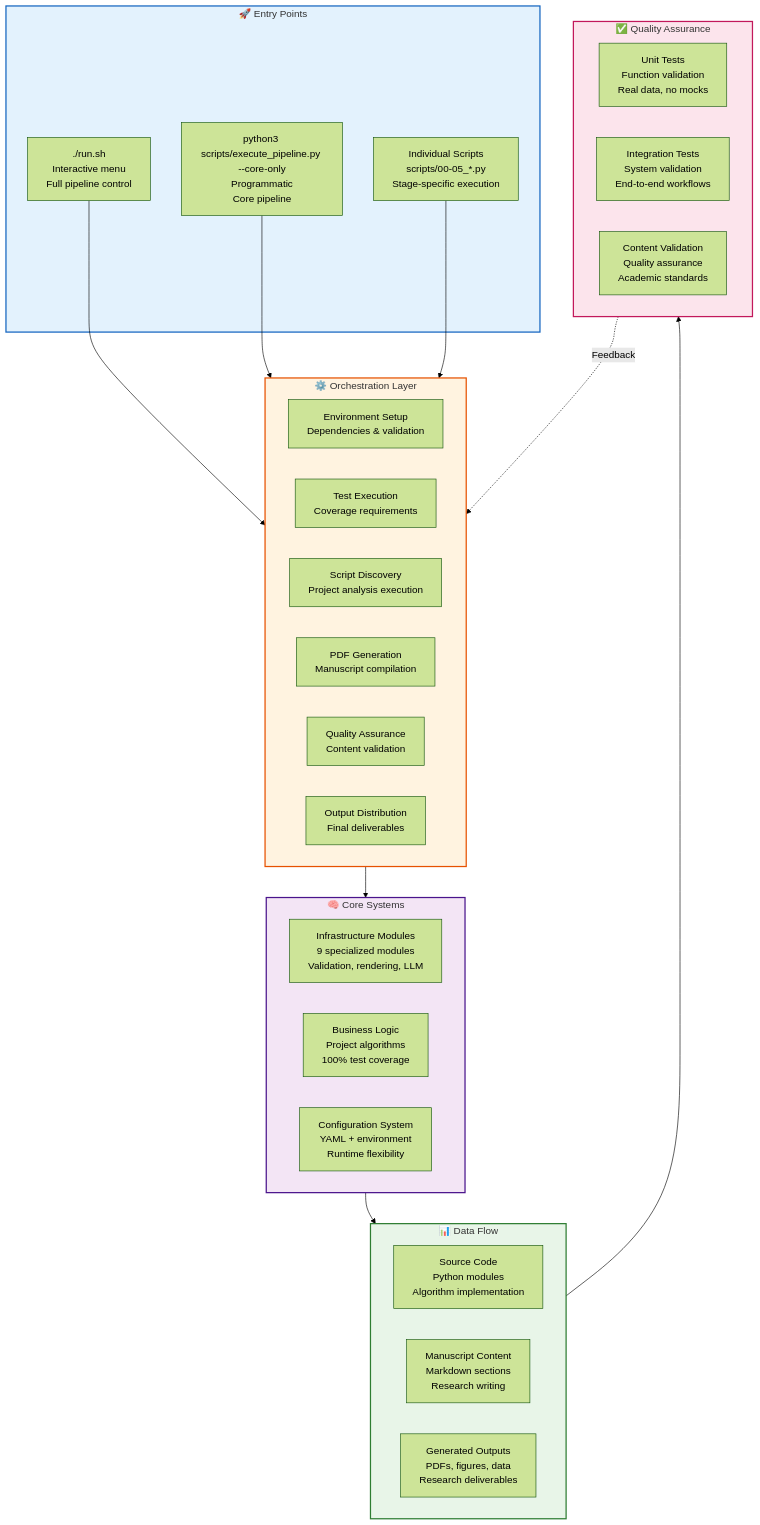
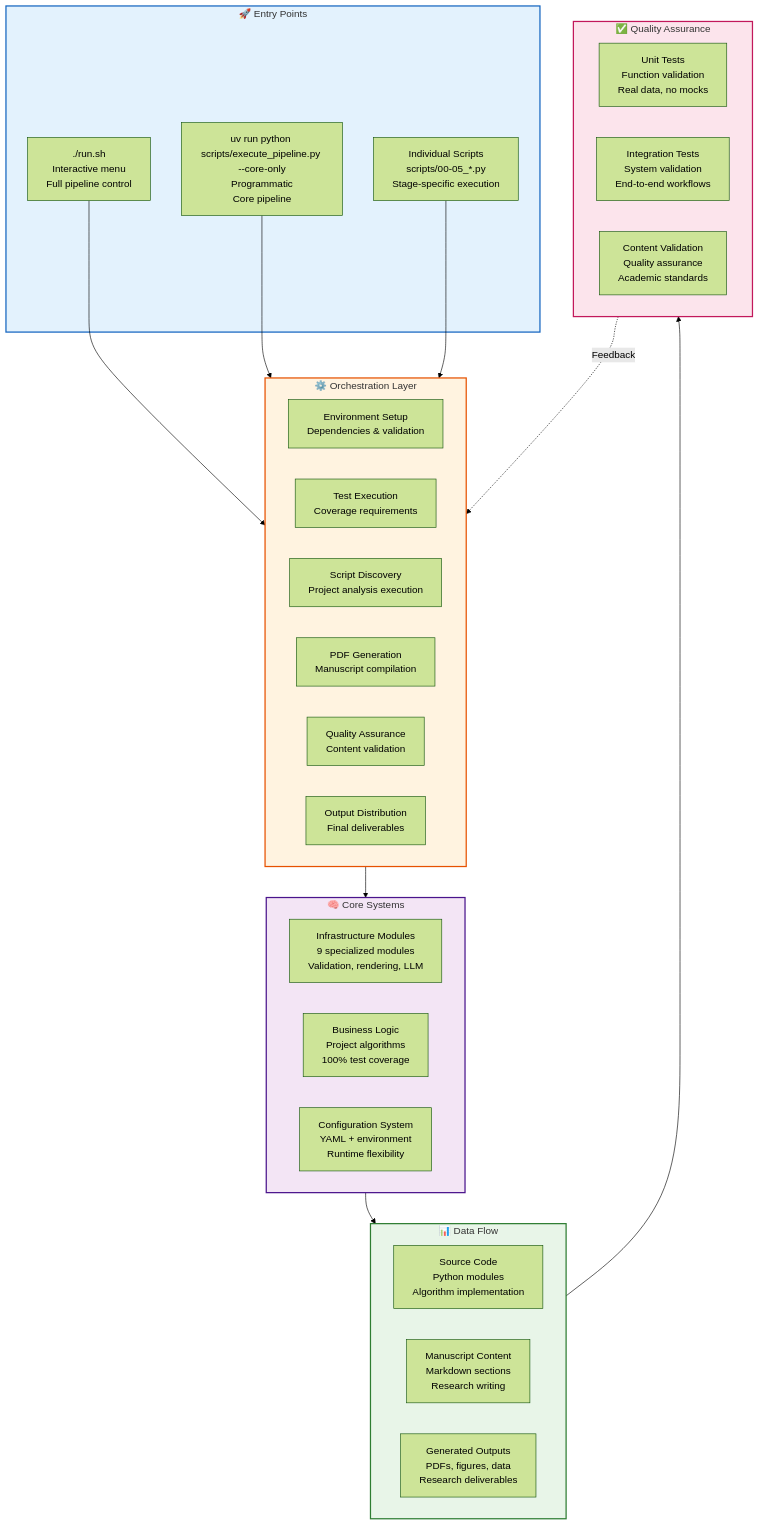
The seventh of 14 diagrams in README.md (docxology/template), drawn with Mermaid (forest theme) before and after one commit. The commit also changed other lines of this file and 787 other files, not shown here.

````diff
--- a/README.md
+++ b/README.md
@@ -515,57 +515,57 @@
 ```mermaid
 graph TB
     subgraph Entry["🚀 Entry Points"]
         RUNSH[./run.sh\nInteractive menu\nFull pipeline control]
-        RUNALL[python3 scripts/execute_pipeline.py --core-only\nProgrammatic\nCore pipeline]
+        RUNALL[uv run python scripts/execute_pipeline.py --core-only\nProgrammatic\nCore pipeline]
         INDIVIDUAL[Individual Scripts\nscripts/00-05_*.py\nStage-specific execution]
     end
 
     subgraph Orchestration["⚙️ Orchestration Layer"]
         SETUP[Environment Setup\nDependencies & validation]
         TESTING[Test Execution\nCoverage requirements]
         ANALYSIS[Script Discovery\nProject analysis execution]
         RENDERING[PDF Generation\nManuscript compilation]
         VALIDATION[Quality Assurance\nContent validation]
         DELIVERY[Output Distribution\nFinal deliverables]
     end
 
     subgraph Core["🧠 Core Systems"]
         INFRASTRUCTURE[Infrastructure Modules\n9 specialized modules\nValidation, rendering, LLM]
         BUSINESS_LOGIC[Business Logic\nProject algorithms\n100% test coverage]
         CONFIGURATION[Configuration System\nYAML + environment\nRuntime flexibility]
     end
 
     subgraph Data["📊 Data Flow"]
         SOURCE_CODE[Source Code\nPython modules\nAlgorithm implementation]
         MANUSCRIPT_CONTENT[Manuscript Content\nMarkdown sections\nResearch writing]
         GENERATED_OUTPUTS[Generated Outputs\nPDFs, figures, data\nResearch deliverables]
     end
 
     subgraph Quality["✅ Quality Assurance"]
         UNIT_TESTS[Unit Tests\nFunction validation\nReal data, no mocks]
         INTEGRATION_TESTS[Integration Tests\nSystem validation\nEnd-to-end workflows]
         VALIDATION_CHECKS[Content Validation\nQuality assurance\nAcademic standards]
     end
 
     RUNSH --> Orchestration
     RUNALL --> Orchestration
     INDIVIDUAL --> Orchestration
 
     Orchestration --> Core
     Core --> Data
     Data --> Quality
 
     Quality -.->|Feedback| Orchestration
 
     classDef entry fill:#e3f2fd,stroke:#1565c0,stroke-width:2px
     classDef orchestration fill:#fff3e0,stroke:#e65100,stroke-width:2px
     classDef core fill:#f3e5f5,stroke:#4a148c,stroke-width:2px
     classDef data fill:#e8f5e8,stroke:#2e7d32,stroke-width:2px
     classDef quality fill:#fce4ec,stroke:#c2185b,stroke-width:2px
 
     class Entry entry
     class Orchestration orchestration
     class Core core
     class Data data
     class Quality quality
 ```
````
